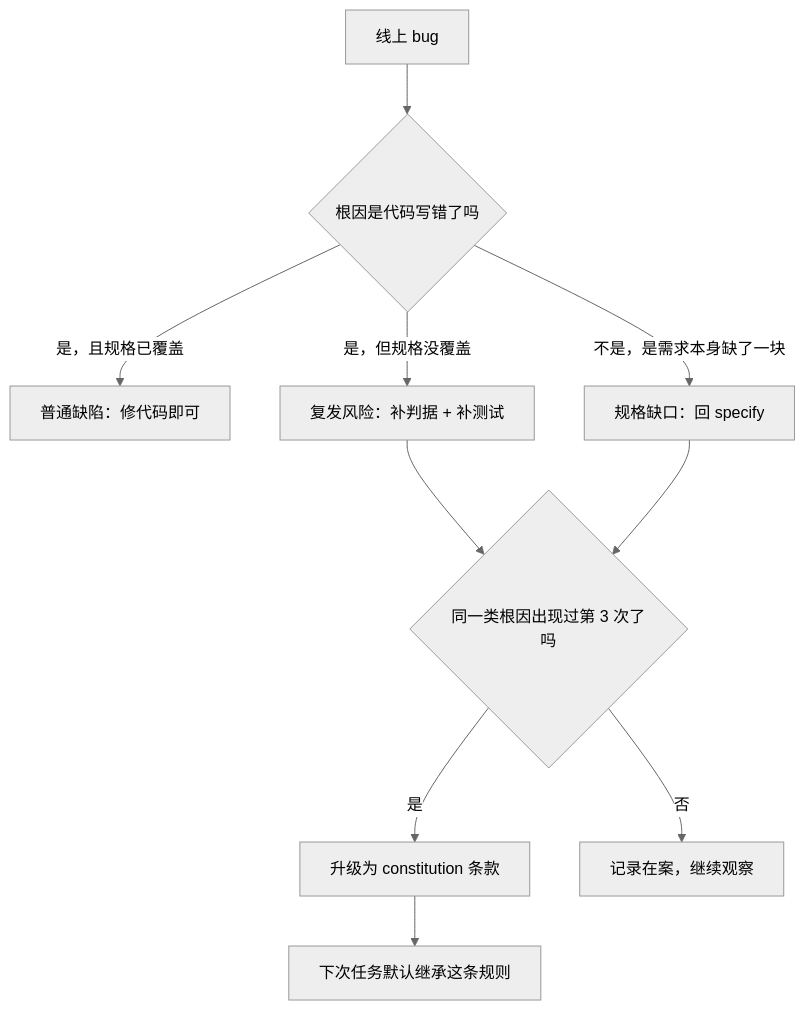
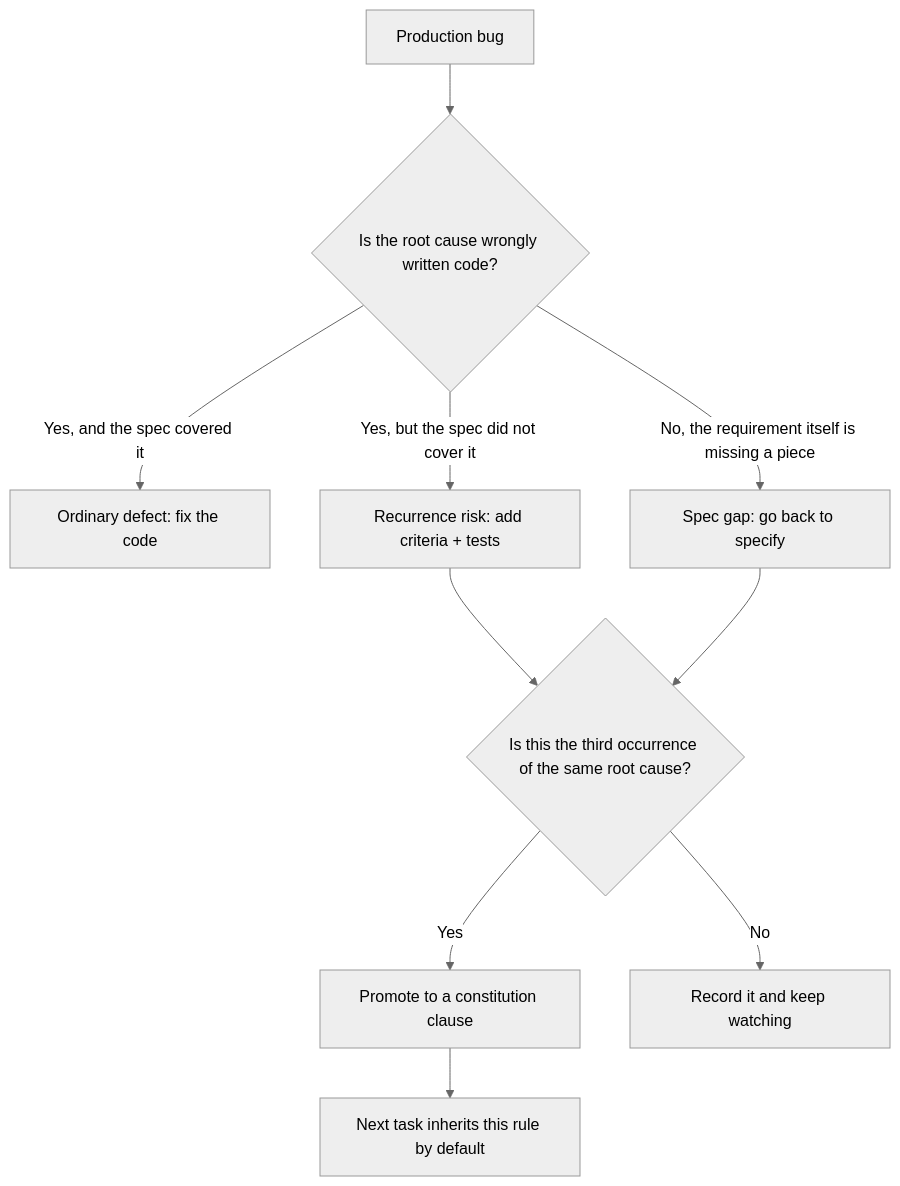
Before and after one commit to xzlxiao/vibe-coding-textbook: the first of 2 diagrams in phase2/chapters/ch10-antipatterns.md, drawn with Mermaid (neutral theme). The commit also changed other lines of this file and 15 other files, not shown here.

````diff
--- a/phase2/chapters/ch10-antipatterns.md
+++ b/phase2/chapters/ch10-antipatterns.md
@@ -95,12 +95,12 @@
 ```mermaid
 flowchart TD
-    A["线上 bug"] --> B{"根因是代码写错了吗"}
-    B -->|"是，且规格已覆盖"| C["普通缺陷：修代码即可"]
-    B -->|"是，但规格没覆盖"| D["复发风险：补判据 + 补测试"]
-    B -->|"不是，是需求本身缺了一块"| E["规格缺口：回 specify"]
-    D --> F{"同一类根因出现过第 3 次了吗"}
-    F -->|"是"| G["升级为 constitution 条款"]
-    F -->|"否"| H["记录在案，继续观察"]
+    A["Production bug"] --> B{"Is the root cause wrongly written code?"}
+    B -->|"Yes, and the spec covered it"| C["Ordinary defect: fix the code"]
+    B -->|"Yes, but the spec did not cover it"| D["Recurrence risk: add criteria + tests"]
+    B -->|"No, the requirement itself is missing a piece"| E["Spec gap: go back to specify"]
+    D --> F{"Is this the third occurrence of the same root cause?"}
+    F -->|"Yes"| G["Promote to a constitution clause"]
+    F -->|"No"| H["Record it and keep watching"]
     E --> F
-    G --> I["下次任务默认继承这条规则"]
+    G --> I["Next task inherits this rule by default"]
 ```
````
